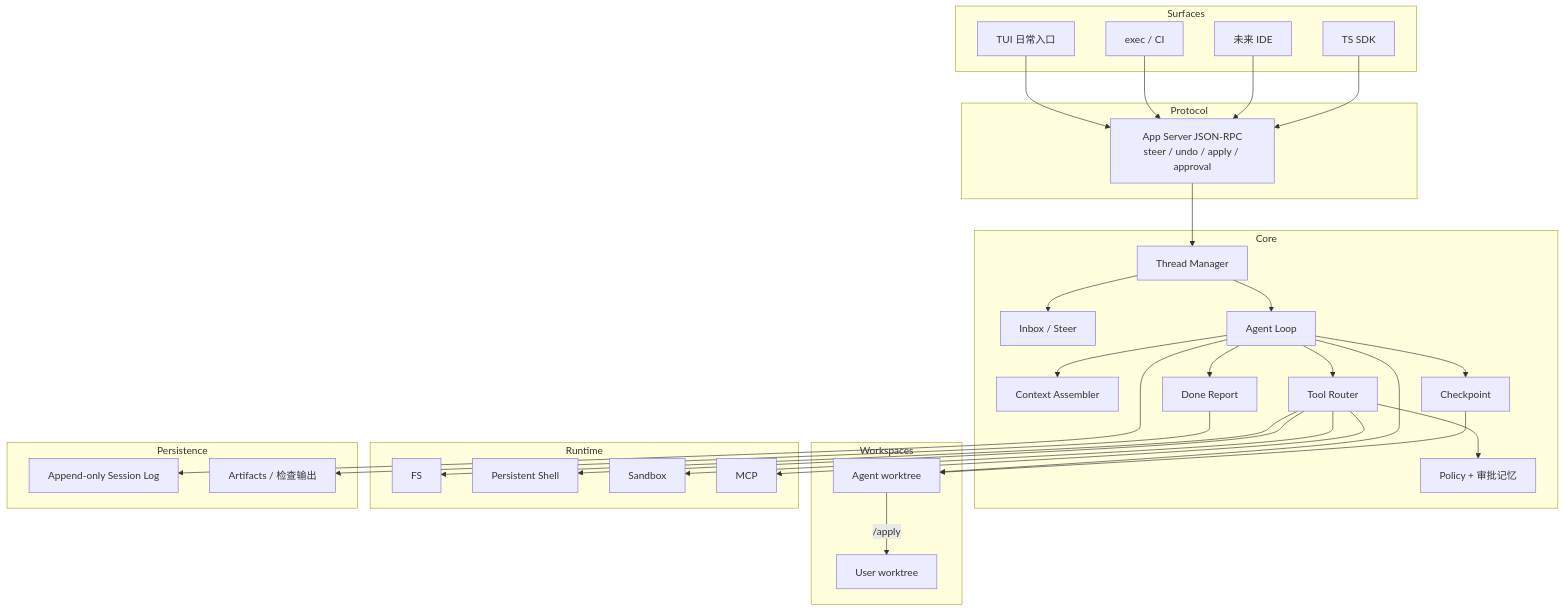
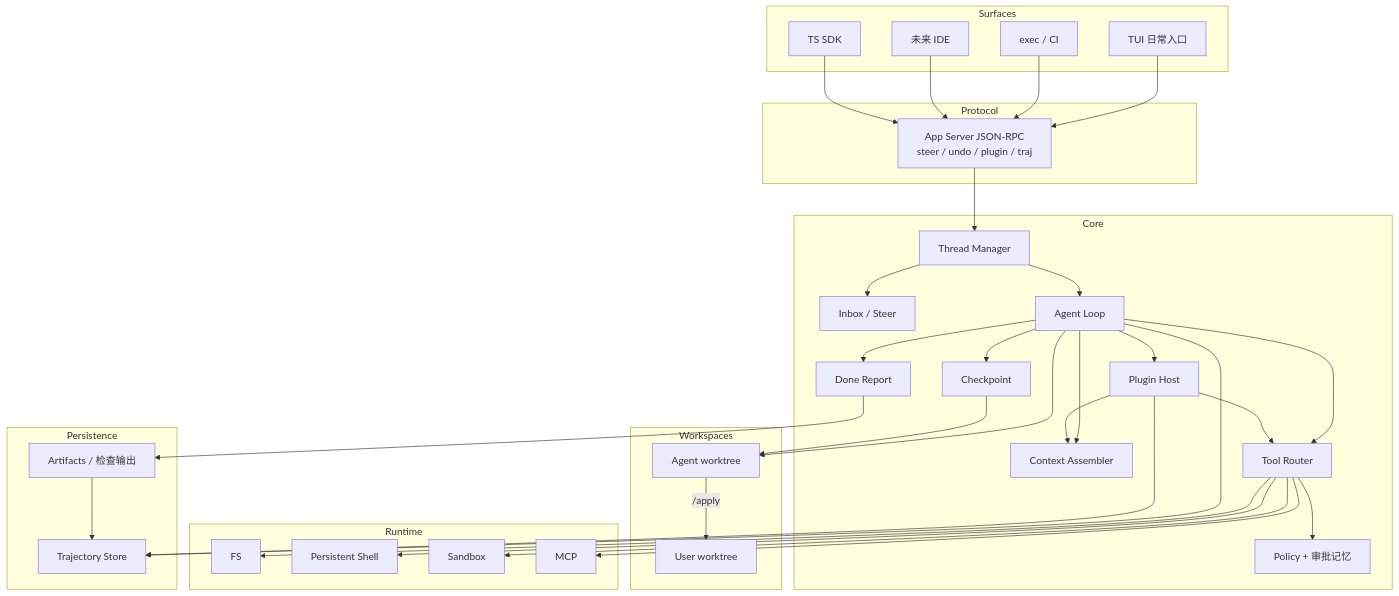
The diagram in docs/architecture.md (mengzhihua/harness), drawn with Mermaid before and after one commit. The commit also changed other lines of this file and 2 other files, not shown here.

````diff
--- a/docs/architecture.md
+++ b/docs/architecture.md
@@ -7,63 +7,69 @@
 ```mermaid
 flowchart TB
   subgraph surfaces [Surfaces]
     TUI[TUI 日常入口]
     EXEC[exec / CI]
     IDE[未来 IDE]
     SDK[TS SDK]
   end
 
   subgraph protocol [Protocol]
-    APPSVR["App Server JSON-RPC\nsteer / undo / apply / approval"]
+    APPSVR["App Server JSON-RPC\nsteer / undo / plugin / traj"]
   end
 
   subgraph core [Core]
     THREAD[Thread Manager]
     INBOX[Inbox / Steer]
     LOOP[Agent Loop]
     CTX[Context Assembler]
     TOOLS[Tool Router]
+    PLUG[Plugin Host]
     POLICY[Policy + 审批记忆]
     CP[Checkpoint]
     DONE[Done Report]
   end
 
   subgraph ws [Workspaces]
     USER[User worktree]
     AGENT[Agent worktree]
   end
 
   subgraph runtime [Runtime]
     FS[FS]
     SHELL[Persistent Shell]
     SANDBOX[Sandbox]
     MCP[MCP]
   end
 
   subgraph persist [Persistence]
-    LOG[Append-only Session Log]
+    TRAJ[Trajectory Store]
     ART[Artifacts / 检查输出]
   end
 
   TUI --> APPSVR
   EXEC --> APPSVR
   IDE --> APPSVR
   SDK --> APPSVR
   APPSVR --> THREAD
   THREAD --> INBOX
   THREAD --> LOOP
   LOOP --> CTX
   LOOP --> TOOLS
+  LOOP --> PLUG
   LOOP --> CP
   LOOP --> DONE
   TOOLS --> POLICY
+  PLUG --> TOOLS
+  PLUG --> CTX
   LOOP --> AGENT
   CP --> AGENT
   AGENT -->|"/apply"| USER
   TOOLS --> FS
   TOOLS --> SHELL
   TOOLS --> SANDBOX
   TOOLS --> MCP
-  LOOP --> LOG
+  LOOP --> TRAJ
+  PLUG --> TRAJ
   DONE --> ART
+  ART --> TRAJ
 ```
````
